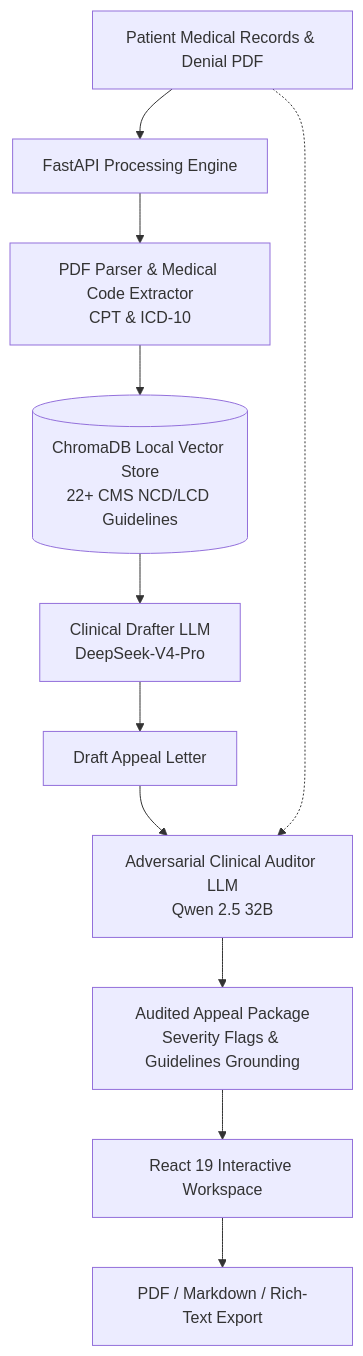
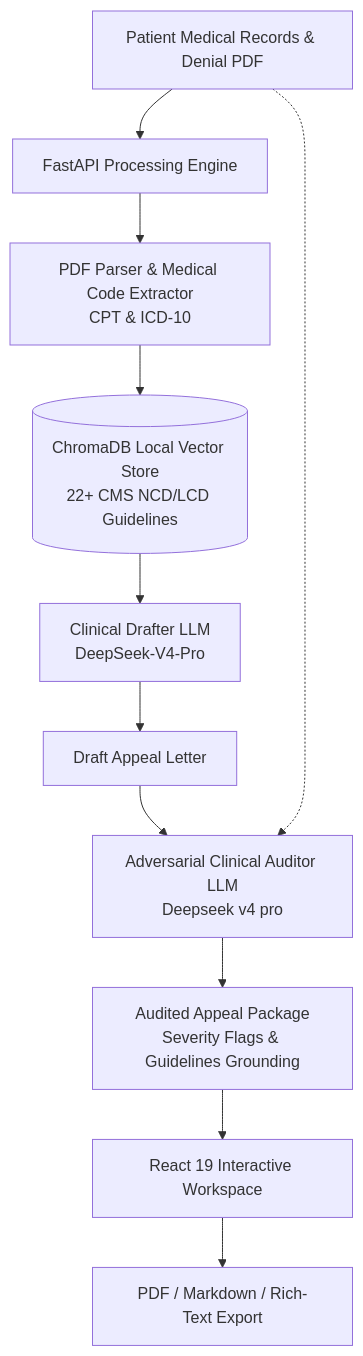
Before and after one commit to dnzlfx/Impact_Forge-AppealForge: the diagram in README.md, drawn with Mermaid.

````diff
--- a/README.md
+++ b/README.md
@@ -11,13 +11,13 @@
 ```mermaid
 graph TD
     A[Patient Medical Records & Denial PDF] --> B[FastAPI Processing Engine]
     B --> C[PDF Parser & Medical Code Extractor<br/>CPT & ICD-10]
     C --> D[(ChromaDB Local Vector Store<br/>22+ CMS NCD/LCD Guidelines)]
     D --> E[Clinical Drafter LLM<br/>DeepSeek-V4-Pro]
     E --> F[Draft Appeal Letter]
-    F --> G[Adversarial Clinical Auditor LLM<br/>Qwen 2.5 32B]
+    F --> G[Adversarial Clinical Auditor LLM<br/>Deepseek v4 pro]
     A -.-> G
     G --> H[Audited Appeal Package<br/>Severity Flags & Guidelines Grounding]
     H --> I[React 19 Interactive Workspace]
     I --> J[PDF / Markdown / Rich-Text Export]
 ```
````
